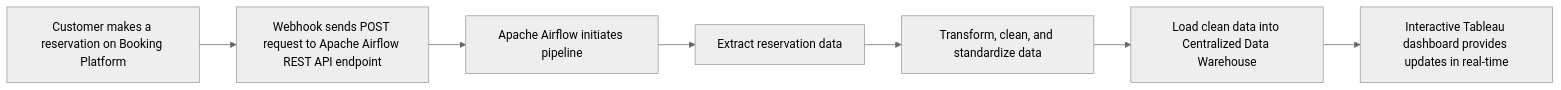
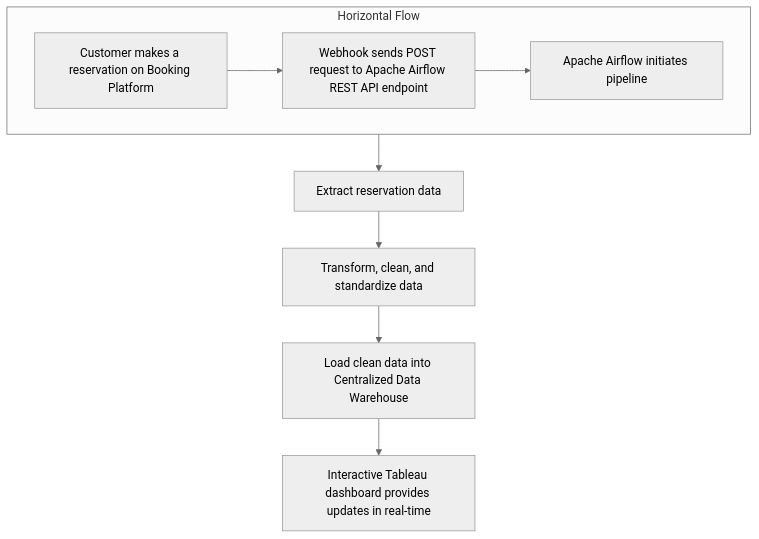
One commit to psgpyc/Simulated-Restaurant-Booking-System-with-Real-Time-ETL-Pipeline-Using-Django-Webhooks-Airflow-Po changed the diagram in README.md. Above: the diagram before and after it, drawn with Mermaid (neutral theme).

````diff
--- a/README.md
+++ b/README.md
@@ -25,19 +25,20 @@
 ```mermaid
-flowchart LR
-    A["Customer makes a reservation on Booking Platform"]:::wrap
-    B["Webhook sends POST request to Apache Airflow REST API endpoint"]:::wrap
-    C["Apache Airflow initiates pipeline"]:::wrap
-    D["Extract reservation data"]:::wrap
-    E["Transform, clean, and standardize data"]:::wrap
-    F["Load clean data into Centralized Data Warehouse"]:::wrap
-    G["Interactive Tableau dashboard provides updates in real-time"]:::wrap
+flowchart TB
+    %% Define a subgraph for the first three nodes horizontally
+    subgraph Horizontal Flow
+    direction LR
+        A["Customer makes a reservation on Booking Platform"]:::wrap
+        B["Webhook sends POST request to Apache Airflow REST API endpoint"]:::wrap
+        C["Apache Airflow initiates pipeline"]:::wrap
+        A --> B --> C
+    end
 
-    A --> B
-    B --> C
-    C --> D
-    D --> E
-    E --> F
-    F --> G
+    %% Continue vertically for the remaining steps
+    C --> D["Extract reservation data"]:::wrap
+    D --> E["Transform, clean, and standardize data"]:::wrap
+    E --> F["Load clean data into Centralized Data Warehouse"]:::wrap
+    F --> G["Interactive Tableau dashboard provides updates in real-time"]:::wrap
 
+    %% Styling to help with text wrapping
     classDef wrap text-align:left wrap:true width:200px
 ```
````
